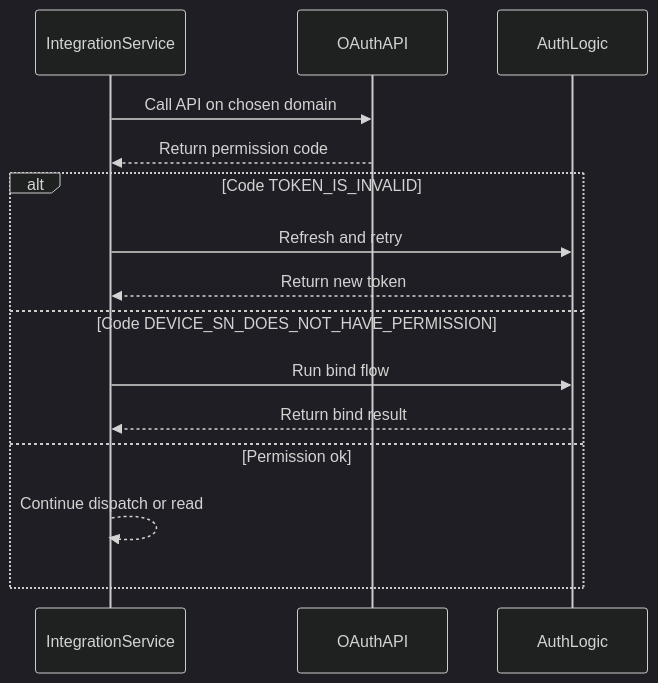
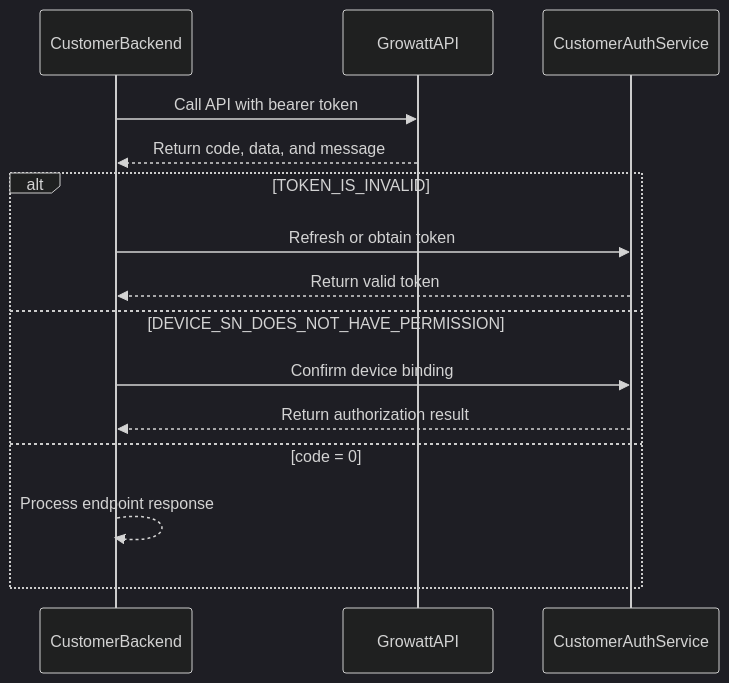
One commit to EugeneJian/growatt-unified-api changed the second of 2 diagrams in Growatt API/OPENAPI/10_global_params.md. Above: the diagram before and after it, drawn with Mermaid (dark theme). The commit also changed other lines of this file and 46 other files, not shown here.

````diff
--- a/Growatt API/OPENAPI/10_global_params.md
+++ b/Growatt API/OPENAPI/10_global_params.md
@@ -33,18 +28,18 @@
 ```mermaid
 sequenceDiagram
-    participant Client as IntegrationService
-    participant API as OAuthAPI
-    participant Auth as AuthLogic
+    participant Client as CustomerBackend
+    participant API as GrowattAPI
+    participant Auth as CustomerAuthService
 
-    Client->>API: Call API on chosen domain
-    API-->>Client: Return permission code
-    alt Code TOKEN_IS_INVALID
-        Client->>Auth: Refresh and retry
-        Auth-->>Client: Return new token
-    else Code DEVICE_SN_DOES_NOT_HAVE_PERMISSION
-        Client->>Auth: Run bind flow
-        Auth-->>Client: Return bind result
-    else Permission ok
-        Client-->>Client: Continue dispatch or read
+    Client->>API: Call API with bearer token
+    API-->>Client: Return code, data, and message
+    alt TOKEN_IS_INVALID
+        Client->>Auth: Refresh or obtain token
+        Auth-->>Client: Return valid token
+    else DEVICE_SN_DOES_NOT_HAVE_PERMISSION
+        Client->>Auth: Confirm device binding
+        Auth-->>Client: Return authorization result
+    else code = 0
+        Client-->>Client: Process endpoint response
     end
 ```
````
